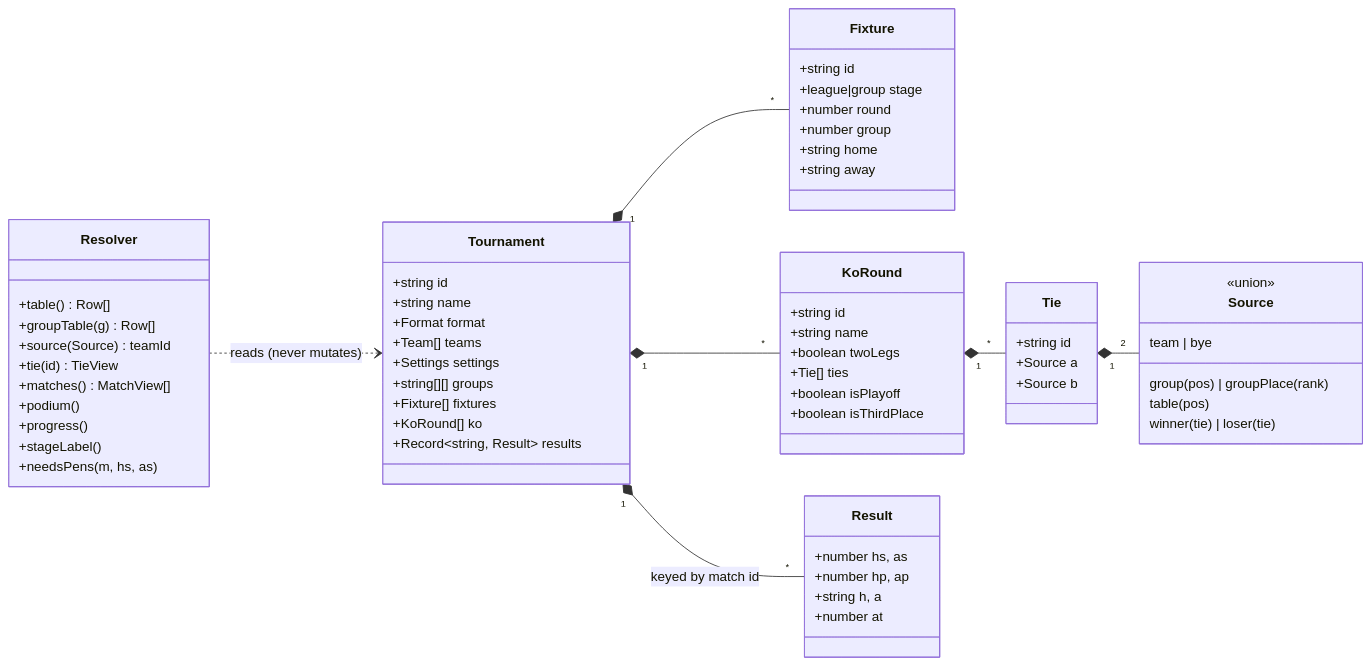
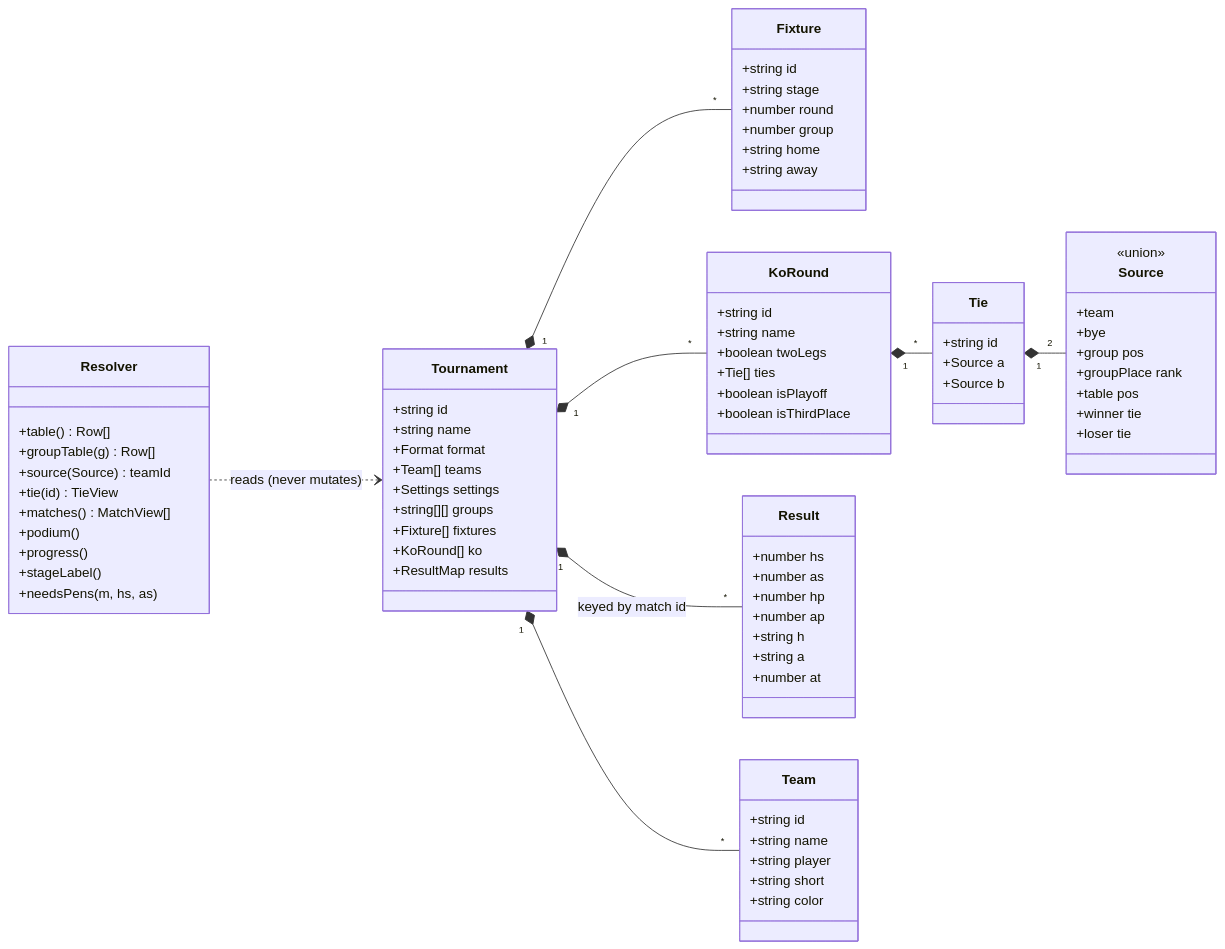
Before and after one commit to CalebTek/Pitchside: the fourth of 4 diagrams in docs/c4-model.md, drawn with Mermaid. The commit also changed other lines of this file and 43 other files, not shown here.

First line of the commit message:
Docs: render diagrams as images, document new features

````diff
--- a/docs/c4-model.md
+++ b/docs/c4-model.md
@@ -155,66 +198,80 @@
 ```mermaid
 classDiagram
     direction LR
     class Tournament {
       +string id
       +string name
       +Format format
       +Team[] teams
       +Settings settings
       +string[][] groups
       +Fixture[] fixtures
       +KoRound[] ko
-      +Record~string, Result~ results
+      +ResultMap results
     }
     class Fixture {
       +string id
-      +league|group stage
+      +string stage
       +number round
       +number group
       +string home
       +string away
     }
     class KoRound {
       +string id
       +string name
       +boolean twoLegs
       +Tie[] ties
       +boolean isPlayoff
       +boolean isThirdPlace
     }
     class Tie {
       +string id
       +Source a
       +Source b
     }
     class Source {
       <<union>>
-      team | bye
-      group(pos) | groupPlace(rank)
-      table(pos)
-      winner(tie) | loser(tie)
+      +team
+      +bye
+      +group pos
+      +groupPlace rank
+      +table pos
+      +winner tie
+      +loser tie
     }
     class Result {
-      +number hs, as
-      +number hp, ap
-      +string h, a
+      +number hs
+      +number as
+      +number hp
+      +number ap
+      +string h
+      +string a
       +number at
+    }
+    class Team {
+      +string id
+      +string name
+      +string player
+      +string short
+      +string color
     }
     class Resolver {
       +table() Row[]
       +groupTable(g) Row[]
       +source(Source) teamId
       +tie(id) TieView
       +matches() MatchView[]
       +podium()
       +progress()
       +stageLabel()
       +needsPens(m, hs, as)
     }
+    Tournament "1" *-- "*" Team
     Tournament "1" *-- "*" Fixture
     Tournament "1" *-- "*" KoRound
     KoRound "1" *-- "*" Tie
     Tie "1" *-- "2" Source
     Tournament "1" *-- "*" Result : keyed by match id
     Resolver ..> Tournament : reads (never mutates)
 ```
````
